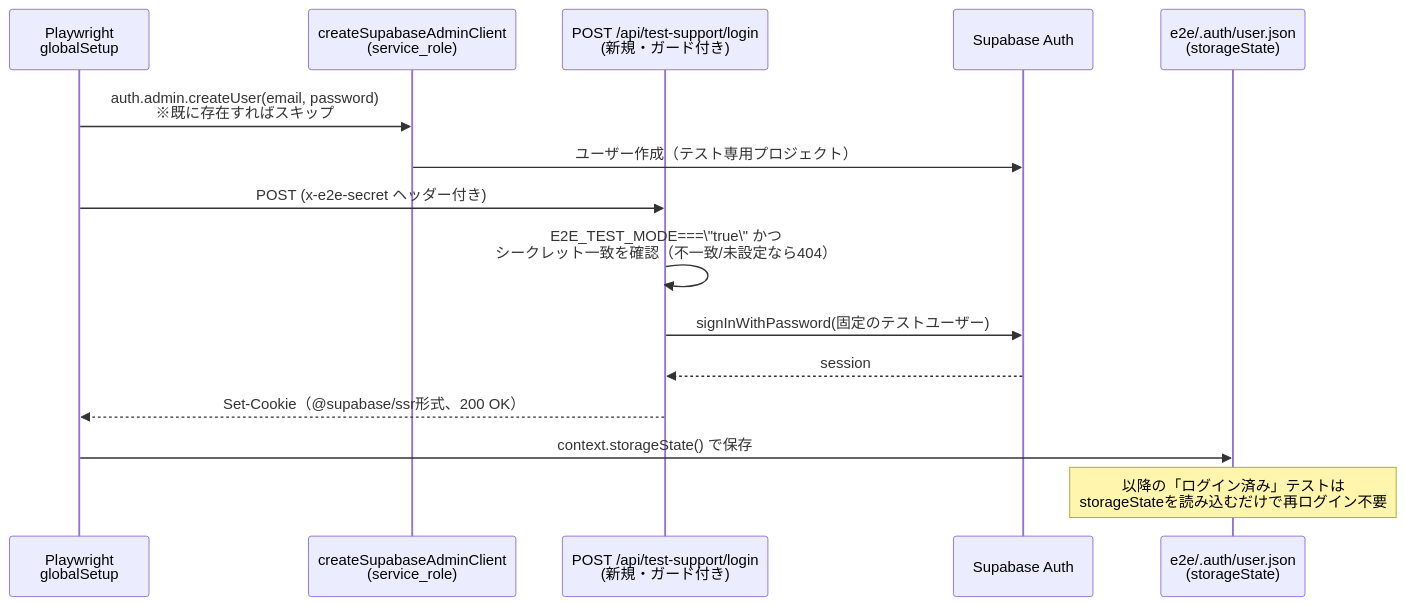
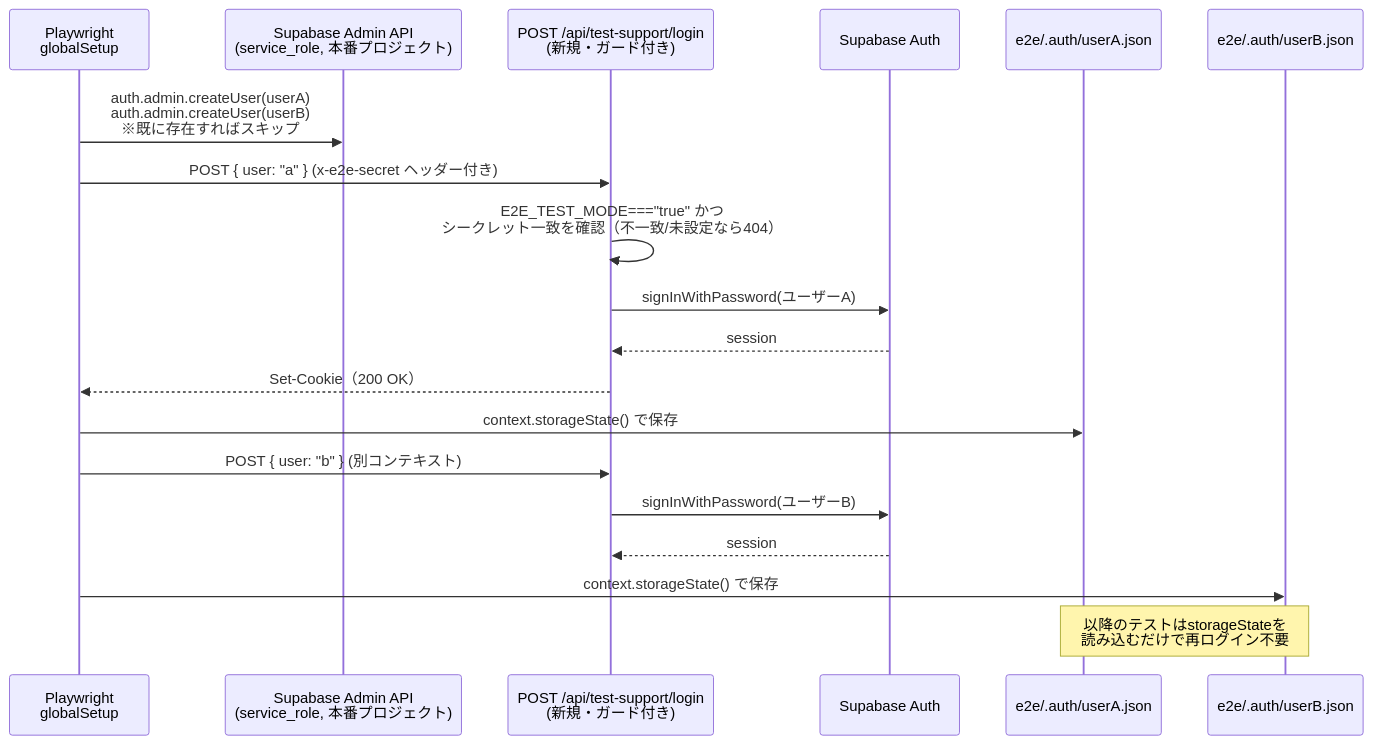
The first of 2 diagrams in docs/testing/e2e-test-plan.md (Yamada040/job-seeker), drawn with Mermaid before and after one commit. The commit also changed other lines of this file and 10 other files, not shown here.

````diff
--- a/docs/testing/e2e-test-plan.md
+++ b/docs/testing/e2e-test-plan.md
@@ -44,18 +58,22 @@
 ```mermaid
 sequenceDiagram
     participant GS as Playwright<br/>globalSetup
-    participant Admin as createSupabaseAdminClient<br/>(service_role)
+    participant Admin as Supabase Admin API<br/>(service_role, 本番プロジェクト)
     participant Route as POST /api/test-support/login<br/>(新規・ガード付き)
     participant Auth as Supabase Auth
-    participant FS as e2e/.auth/user.json<br/>(storageState)
+    participant FSA as e2e/.auth/userA.json
+    participant FSB as e2e/.auth/userB.json
 
-    GS->>Admin: auth.admin.createUser(email, password)<br/>※既に存在すればスキップ
-    Admin->>Auth: ユーザー作成（テスト専用プロジェクト）
-    GS->>Route: POST (x-e2e-secret ヘッダー付き)
-    Route->>Route: E2E_TEST_MODE===\"true\" かつ<br/>シークレット一致を確認（不一致/未設定なら404）
-    Route->>Auth: signInWithPassword(固定のテストユーザー)
+    GS->>Admin: auth.admin.createUser(userA)<br/>auth.admin.createUser(userB)<br/>※既に存在すればスキップ
+    GS->>Route: POST { user: "a" } (x-e2e-secret ヘッダー付き)
+    Route->>Route: E2E_TEST_MODE==="true" かつ<br/>シークレット一致を確認（不一致/未設定なら404）
+    Route->>Auth: signInWithPassword(ユーザーA)
     Auth-->>Route: session
-    Route-->>GS: Set-Cookie（@supabase/ssr形式、200 OK）
-    GS->>FS: context.storageState() で保存
-    Note over FS: 以降の「ログイン済み」テストは<br/>storageStateを読み込むだけで再ログイン不要
+    Route-->>GS: Set-Cookie（200 OK）
+    GS->>FSA: context.storageState() で保存
+    GS->>Route: POST { user: "b" } (別コンテキスト)
+    Route->>Auth: signInWithPassword(ユーザーB)
+    Auth-->>Route: session
+    GS->>FSB: context.storageState() で保存
+    Note over FSA,FSB: 以降のテストはstorageStateを<br/>読み込むだけで再ログイン不要
 ```
````
